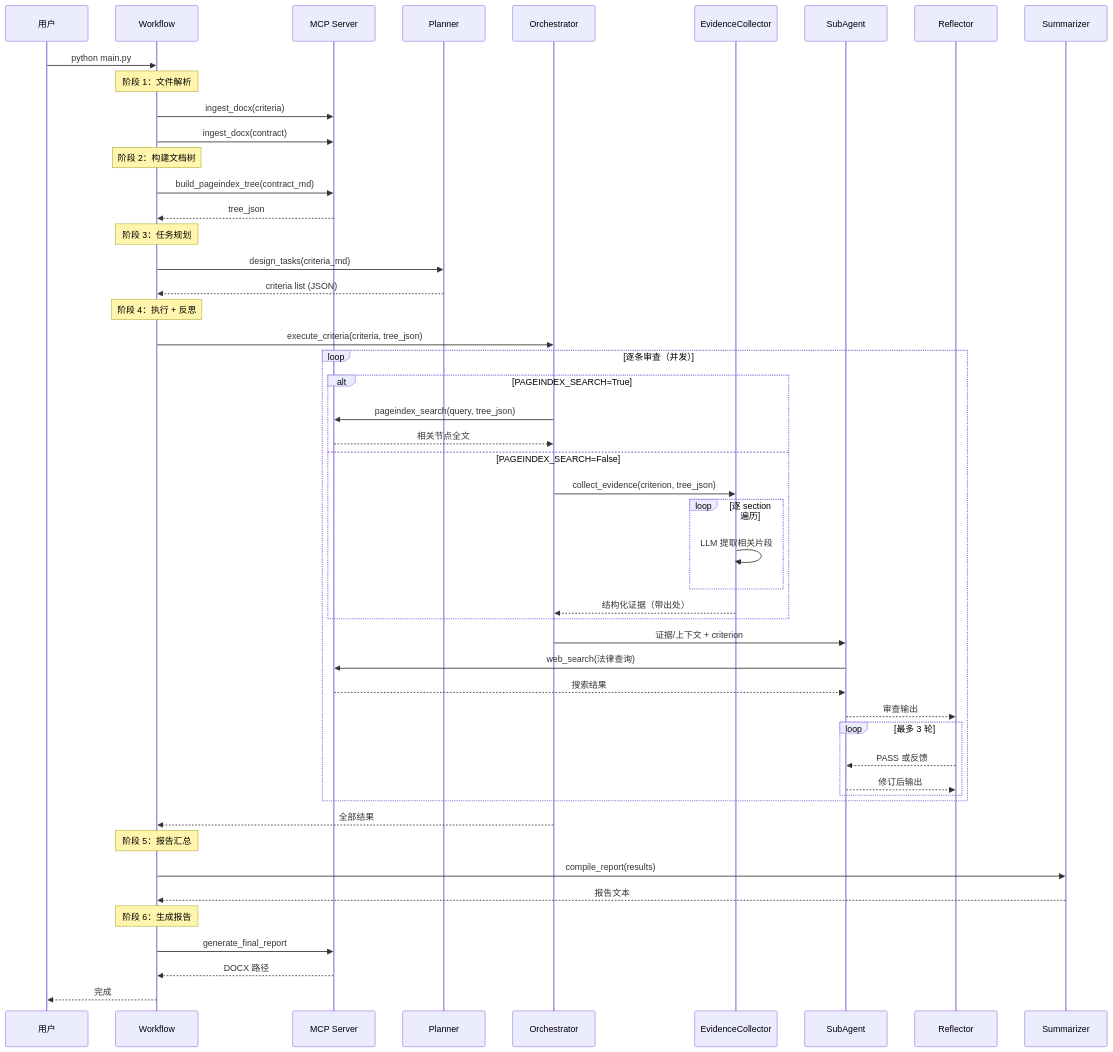
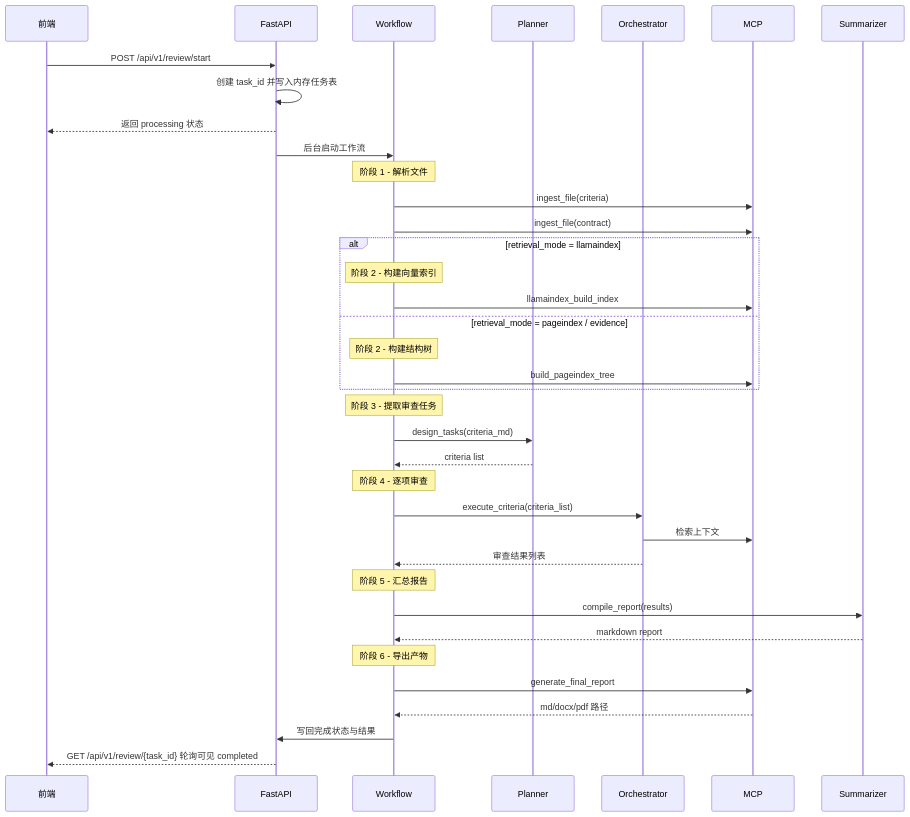
Before and after one commit to HoeTee/contract_agent: the third of 6 diagrams in project_intro/ARCHITECTURE.md, drawn with Mermaid. The commit also changed other lines of this file and 2191 other files, not shown here.

````diff
--- a/project_intro/ARCHITECTURE.md
+++ b/project_intro/ARCHITECTURE.md
@@ -92,62 +144,48 @@
 ```mermaid
 sequenceDiagram
-    participant U as 用户
-    participant W as Workflow
-    participant MCP as MCP Server
-    participant P as Planner
-    participant O as Orchestrator
-    participant EC as EvidenceCollector
-    participant S as SubAgent
-    participant R as Reflector
-    participant SM as Summarizer
+    participant UI as 前端
+    participant API as FastAPI
+    participant WF as Workflow
+    participant Planner as Planner
+    participant Orch as Orchestrator
+    participant MCP as MCP
+    participant Sum as Summarizer
 
-    U->>W: python main.py
+    UI->>API: POST /api/v1/review/start
+    API->>API: 创建 task_id 并写入内存任务表
+    API-->>UI: 返回 processing 状态
 
-    Note over W: 阶段 1：文件解析
-    W->>MCP: ingest_docx(criteria)
-    W->>MCP: ingest_docx(contract)
+    API->>WF: 后台启动工作流
 
-    Note over W: 阶段 2：构建文档树
-    W->>MCP: build_pageindex_tree(contract_md)
-    MCP-->>W: tree_json
+    Note over WF: 阶段 1 - 解析文件
+    WF->>MCP: ingest_file(criteria)
+    WF->>MCP: ingest_file(contract)
 
-    Note over W: 阶段 3：任务规划
-    W->>P: design_tasks(criteria_md)
-    P-->>W: criteria list (JSON)
-
-    Note over W: 阶段 4：执行 + 反思
-    W->>O: execute_criteria(criteria, tree_json)
-
-    loop 逐条审查（并发）
-        alt PAGEINDEX_SEARCH=True
-            O->>MCP: pageindex_search(query, tree_json)
-            MCP-->>O: 相关节点全文
-        else PAGEINDEX_SEARCH=False
-            O->>EC: collect_evidence(criterion, tree_json)
-            loop 逐 section 遍历
-                EC->>EC: LLM 提取相关片段
-            end
-            EC-->>O: 结构化证据（带出处）
-        end
-        O->>S: 证据/上下文 + criterion
-        S->>MCP: web_search(法律查询)
-        MCP-->>S: 搜索结果
-        S-->>R: 审查输出
-
-        loop 最多 3 轮
-            R-->>S: PASS 或反馈
-            S-->>R: 修订后输出
-        end
+    alt retrieval_mode = llamaindex
+        Note over WF: 阶段 2 - 构建向量索引
+        WF->>MCP: llamaindex_build_index
+    else retrieval_mode = pageindex / evidence
+        Note over WF: 阶段 2 - 构建结构树
+        WF->>MCP: build_pageindex_tree
     end
 
-    O-->>W: 全部结果
+    Note over WF: 阶段 3 - 提取审查任务
+    WF->>Planner: design_tasks(criteria_md)
+    Planner-->>WF: criteria list
 
-    Note over W: 阶段 5：报告汇总
-    W->>SM: compile_report(results)
-    SM-->>W: 报告文本
+    Note over WF: 阶段 4 - 逐项审查
+    WF->>Orch: execute_criteria(criteria_list)
+    Orch->>MCP: 检索上下文
+    Orch-->>WF: 审查结果列表
 
-    Note over W: 阶段 6：生成报告
-    W->>MCP: generate_final_report
-    MCP-->>W: DOCX 路径
-    W-->>U: 完成
+    Note over WF: 阶段 5 - 汇总报告
+    WF->>Sum: compile_report(results)
+    Sum-->>WF: markdown report
+
+    Note over WF: 阶段 6 - 导出产物
+    WF->>MCP: generate_final_report
+    MCP-->>WF: md/docx/pdf 路径
+
+    WF->>API: 写回完成状态与结果
+    API-->>UI: GET /api/v1/review/{task_id} 轮询可见 completed
 ```
````
